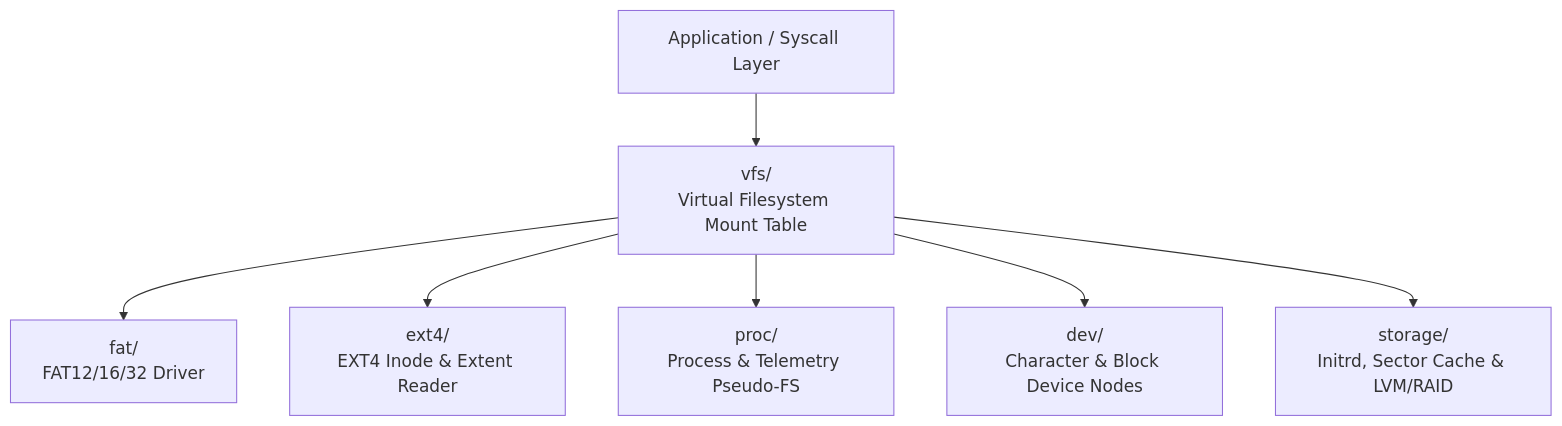
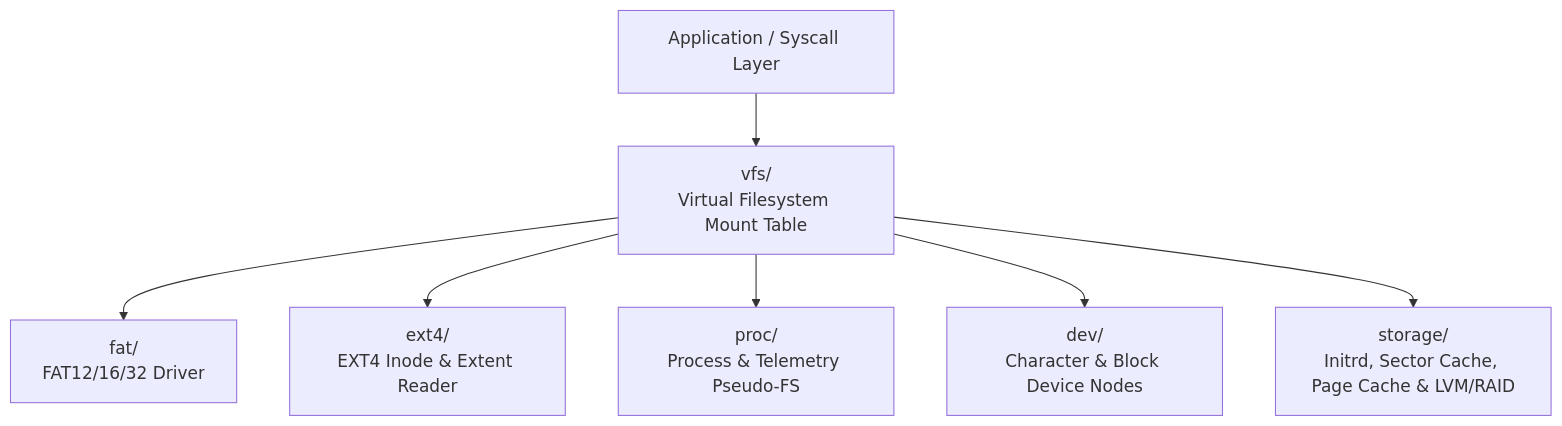
Before and after one commit to mrvlous/keira: the diagram in docs/fs/README.md, drawn with Mermaid. The commit also changed other lines of this file, not shown here.

Commit message:
docs(fs): document unified page cache in storage subsystem index

````diff
--- a/docs/fs/README.md
+++ b/docs/fs/README.md
@@ -11,9 +11,9 @@
 ```mermaid
 graph TD
     App["Application / Syscall Layer"] --> VFS["vfs/<br/>Virtual Filesystem Mount Table"]
     VFS --> FAT["fat/<br/>FAT12/16/32 Driver"]
     VFS --> EXT4["ext4/<br/>EXT4 Inode & Extent Reader"]
     VFS --> Proc["proc/<br/>Process & Telemetry Pseudo-FS"]
     VFS --> Dev["dev/<br/>Character & Block Device Nodes"]
-    VFS --> Storage["storage/<br/>Initrd, Sector Cache & LVM/RAID"]
+    VFS --> Storage["storage/<br/>Initrd, Sector Cache, Page Cache & LVM/RAID"]
 ```
````
